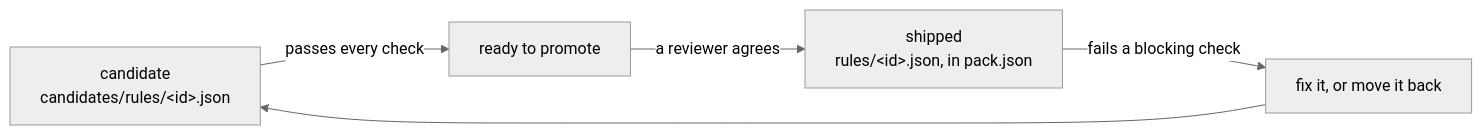
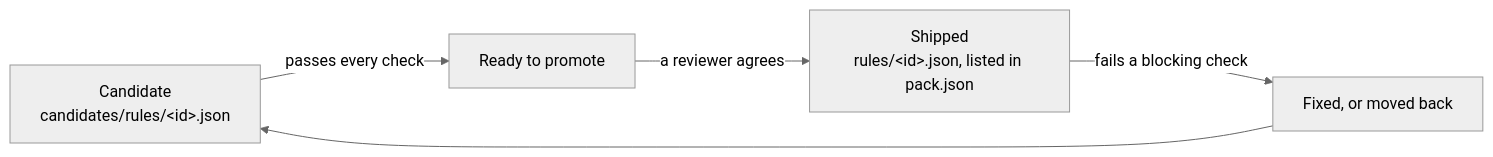
One commit to neralabs/rerail changed the first of 2 diagrams in docs/porting-a-pack.md. Above: the diagram before and after it, drawn with Mermaid (neutral theme). The commit also changed other lines of this file, not shown here.

````diff
--- a/docs/porting-a-pack.md
+++ b/docs/porting-a-pack.md
@@ -44,7 +46,7 @@
 ```mermaid
 flowchart LR
-  A["candidate<br/>candidates/rules/&lt;id&gt;.json"] -- "passes every check" --> B["ready to promote"]
-  B -- "a reviewer agrees" --> C["shipped<br/>rules/&lt;id&gt;.json, in pack.json"]
-  C -- "fails a blocking check" --> D["fix it, or move it back"]
+  A["Candidate<br/>candidates/rules/&lt;id&gt;.json"] -- "passes every check" --> B["Ready to promote"]
+  B -- "a reviewer agrees" --> C["Shipped<br/>rules/&lt;id&gt;.json, listed in pack.json"]
+  C -- "fails a blocking check" --> D["Fixed, or moved back"]
   D --> A
 ```
````
